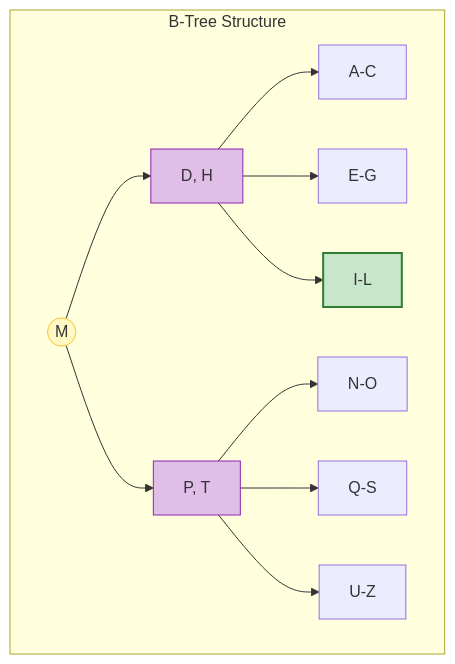
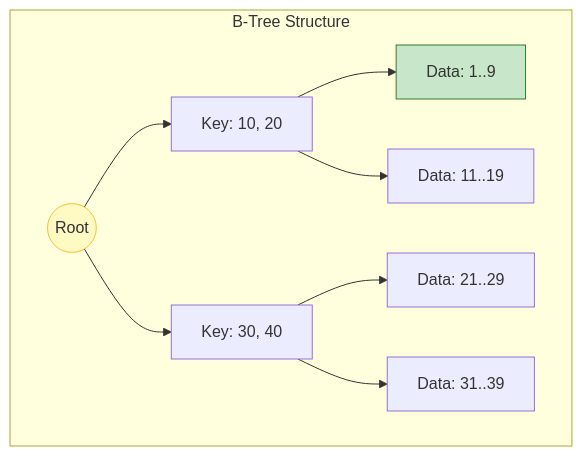
The first of 2 diagrams in 03-database/index-transaction/README.md (thseo4813/Study-Notes), drawn with Mermaid before and after one commit. The commit also changed other lines of this file and 13 other files, not shown here.

````diff
--- a/03-database/index-transaction/README.md
+++ b/03-database/index-transaction/README.md
@@ -42,32 +39,25 @@
 ```mermaid
 graph TD
     subgraph B_Tree [B-Tree Structure]
-        Root((M))
+        Root((Root))
         
-        Node1[D, H]
-        Node2[P, T]
+        Node1[Key: 10, 20]
+        Node2[Key: 30, 40]
         
-        Leaf1[A-C]
-        Leaf2[E-G]
-        Leaf3[I-L]
-        Leaf4[N-O]
-        Leaf5[Q-S]
-        Leaf6[U-Z]
+        Leaf1[Data: 1..9]
+        Leaf2[Data: 11..19]
+        Leaf3[Data: 21..29]
+        Leaf4[Data: 31..39]
         
         Root --> Node1
         Root --> Node2
         
         Node1 --> Leaf1
         Node1 --> Leaf2
-        Node1 --> Leaf3
-        
+        Node2 --> Leaf3
         Node2 --> Leaf4
-        Node2 --> Leaf5
-        Node2 --> Leaf6
     end
     
     style Root fill:#fff9c4,stroke:#fbc02d
-    style Node1 fill:#e1bee7,stroke:#8e24aa
-    style Node2 fill:#e1bee7,stroke:#8e24aa
-    style Leaf3 fill:#c8e6c9,stroke:#2e7d32,stroke-width:2px
+    style Leaf1 fill:#c8e6c9,stroke:#2e7d32
 ```
````
